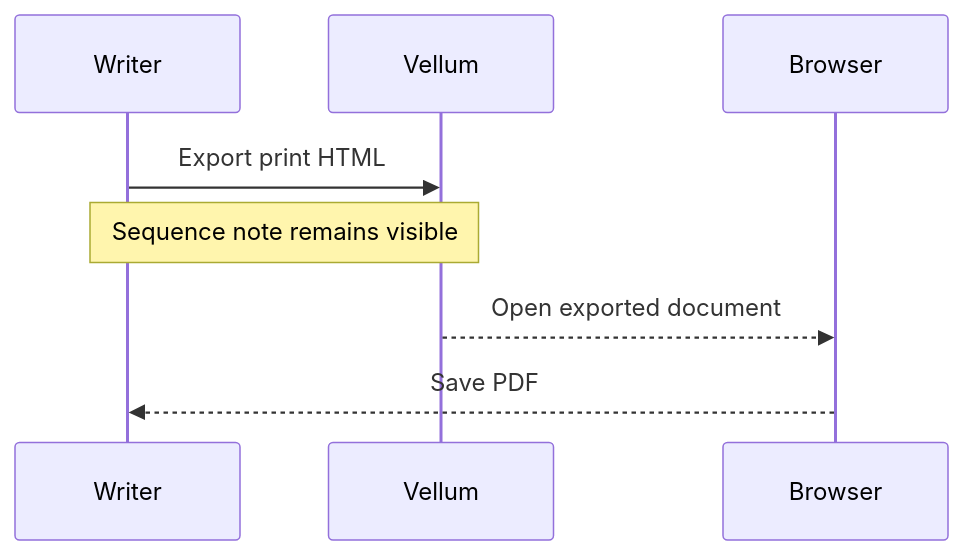
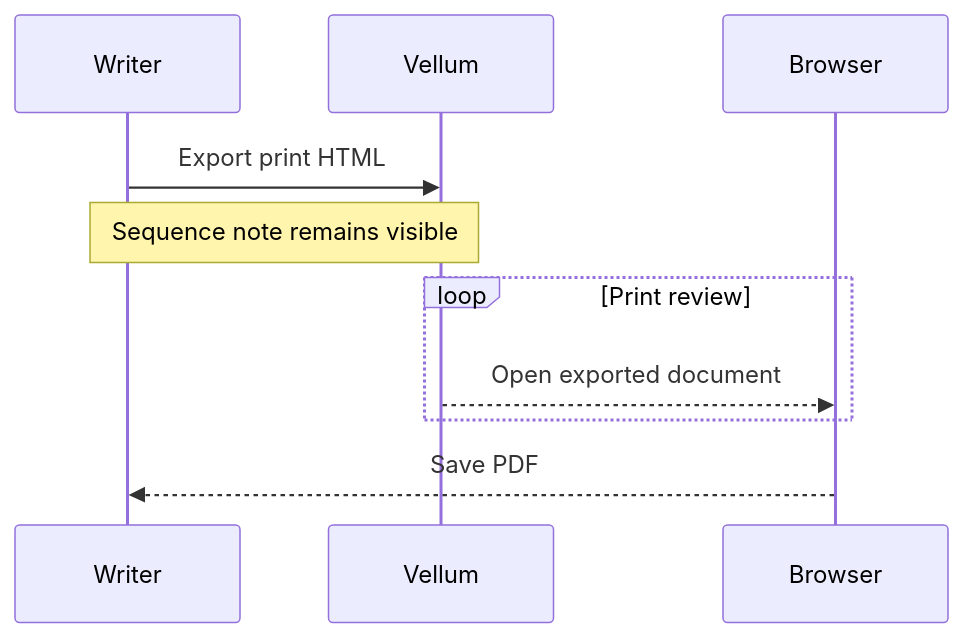
One commit to wzzc-dev/vellum changed the second of 2 diagrams in docs/acceptance/longform.md. Above: the diagram before and after it, drawn with Mermaid. The commit also changed 3 other files, not shown here.

Commit message:
Preserve Mermaid sequence fragments

````diff
--- a/docs/acceptance/longform.md
+++ b/docs/acceptance/longform.md
@@ -93,10 +93,12 @@
 ```mermaid
 sequenceDiagram
   participant Writer
   participant App as Vellum
   participant Browser
   Writer->>App: Export print HTML
   Note over Writer,App: Sequence note remains visible
+  loop Print review
   App-->>Browser: Open exported document
+  end
   Browser-->>Writer: Save PDF
 ```
````
